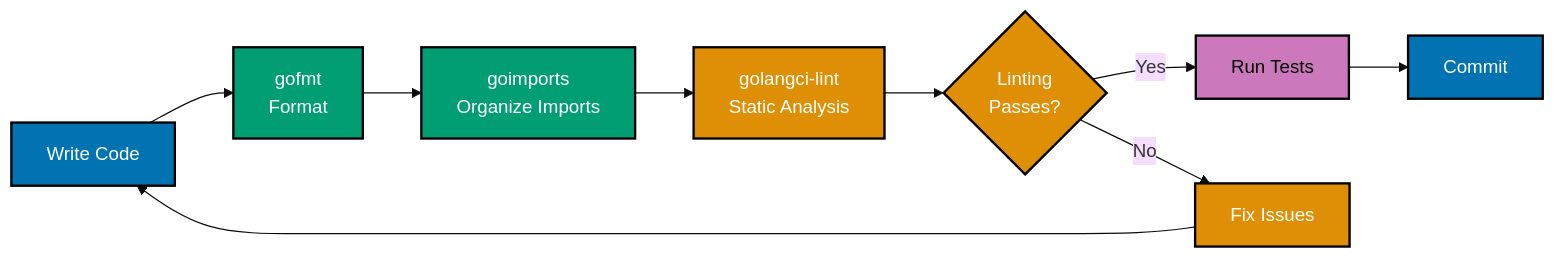
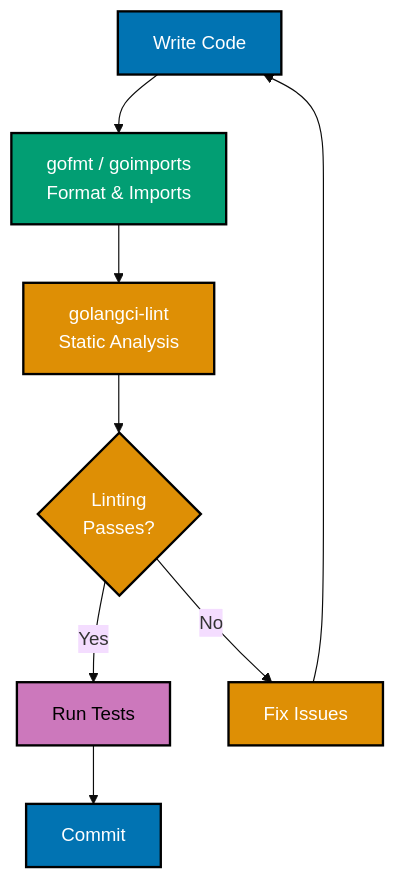
One commit to wahidyankf/open-sharia-enterprise changed the first of 7 diagrams in docs/explanation/software-engineering/programming-languages/golang/code-quality-standards.md. Above: the diagram before and after it, drawn with Mermaid (base theme). The commit also changed other lines of this file and 11 other files, not shown here.

First line of the commit message:
fix(docs): fix mermaid violations in golang docs

````diff
--- a/docs/explanation/software-engineering/programming-languages/golang/code-quality-standards.md
+++ b/docs/explanation/software-engineering/programming-languages/golang/code-quality-standards.md
@@ -323,28 +323,26 @@
 ```mermaid
 %% Color Palette: Blue #0173B2, Orange #DE8F05, Teal #029E73, Purple #CC78BC
 %% Code quality pipeline with linting
 
-graph LR
+graph TD
     A["Write Code"]:::blue
-    B["gofmt<br/>Format"]:::teal
-    C["goimports<br/>Organize Imports"]:::teal
-    D["golangci-lint<br/>Static Analysis"]:::orange
-    E{"Linting<br/>Passes?"}:::orange
-    F["Run Tests"]:::purple
-    G["Commit"]:::blue
-    H["Fix Issues"]:::orange
+    B["gofmt / goimports<br/>Format & Imports"]:::teal
+    C["golangci-lint<br/>Static Analysis"]:::orange
+    D{"Linting<br/>Passes?"}:::orange
+    E["Run Tests"]:::purple
+    F["Commit"]:::blue
+    G["Fix Issues"]:::orange
 
     A --> B
     B --> C
     C --> D
-    D --> E
-    E -->|"Yes"| F
-    E -->|"No"| H
-    H --> A
-    F --> G
+    D -->|"Yes"| E
+    D -->|"No"| G
+    G --> A
+    E --> F
 
     classDef blue fill:#0173B2,stroke:#000000,color:#FFFFFF,stroke-width:2px
     classDef orange fill:#DE8F05,stroke:#000000,color:#FFFFFF,stroke-width:2px
     classDef teal fill:#029E73,stroke:#000000,color:#FFFFFF,stroke-width:2px
     classDef purple fill:#CC78BC,stroke:#000000,color:#000000,stroke-width:2px
 ```
````
